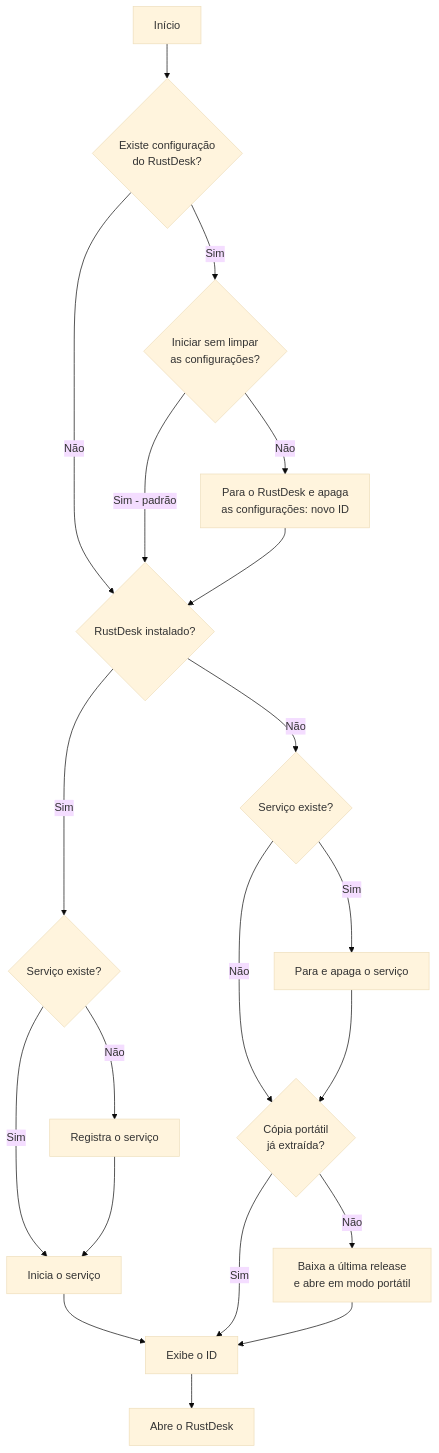
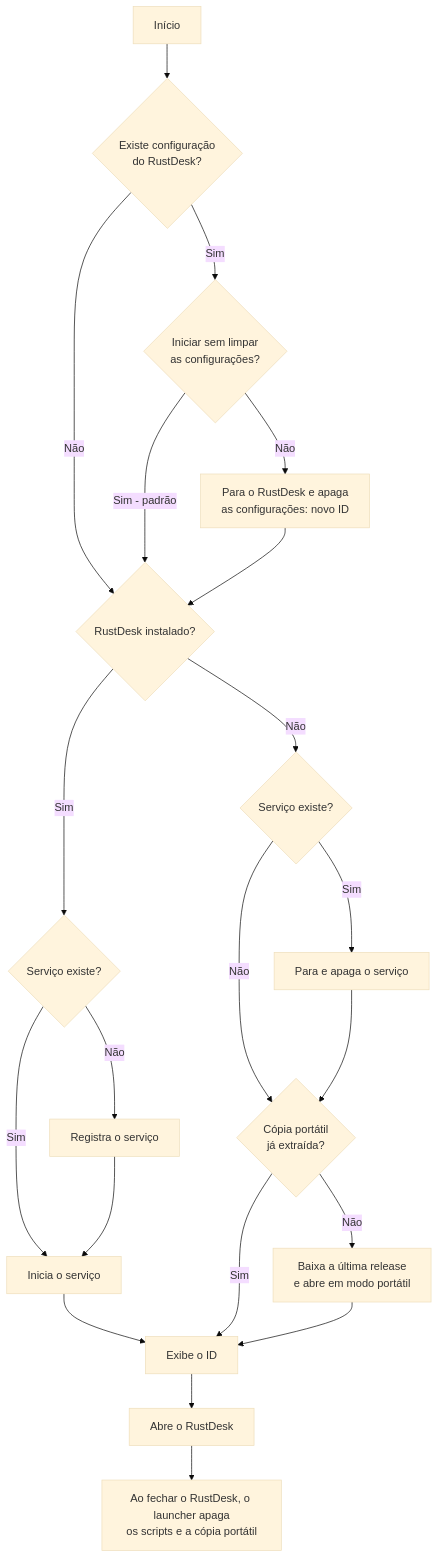
Before and after one commit to wevertonmbrtx/rustdesk: the diagram in README.md, drawn with Mermaid (base theme). The commit also changed other lines of this file and 2 other files, not shown here.

Commit message:
Atualiza README.md e scripts para melhorar a lógica de execução do RustDesk, incluindo a limpeza automática de arquivos temporários e a notificação de término do processo.

````diff
--- a/README.md
+++ b/README.md
@@ -55,22 +56,23 @@
 ```mermaid
 graph TD
     A[Início] --> B{Existe configuração<br/>do RustDesk?}
     B -->|Não| E{RustDesk instalado?}
     B -->|Sim| C{Iniciar sem limpar<br/>as configurações?}
     C -->|Sim - padrão| E
     C -->|Não| D[Para o RustDesk e apaga<br/>as configurações: novo ID]
     D --> E
     E -->|Sim| F{Serviço existe?}
     F -->|Não| G[Registra o serviço]
     F -->|Sim| H[Inicia o serviço]
     G --> H
     H --> M[Exibe o ID]
     E -->|Não| I{Serviço existe?}
     I -->|Sim| J[Para e apaga o serviço]
     I -->|Não| K{Cópia portátil<br/>já extraída?}
     J --> K
     K -->|Sim| M
     K -->|Não| L[Baixa a última release<br/>e abre em modo portátil]
     L --> M
     M --> N[Abre o RustDesk]
+    N --> O[Ao fechar o RustDesk, o launcher apaga<br/>os scripts e a cópia portátil]
 ```
````
